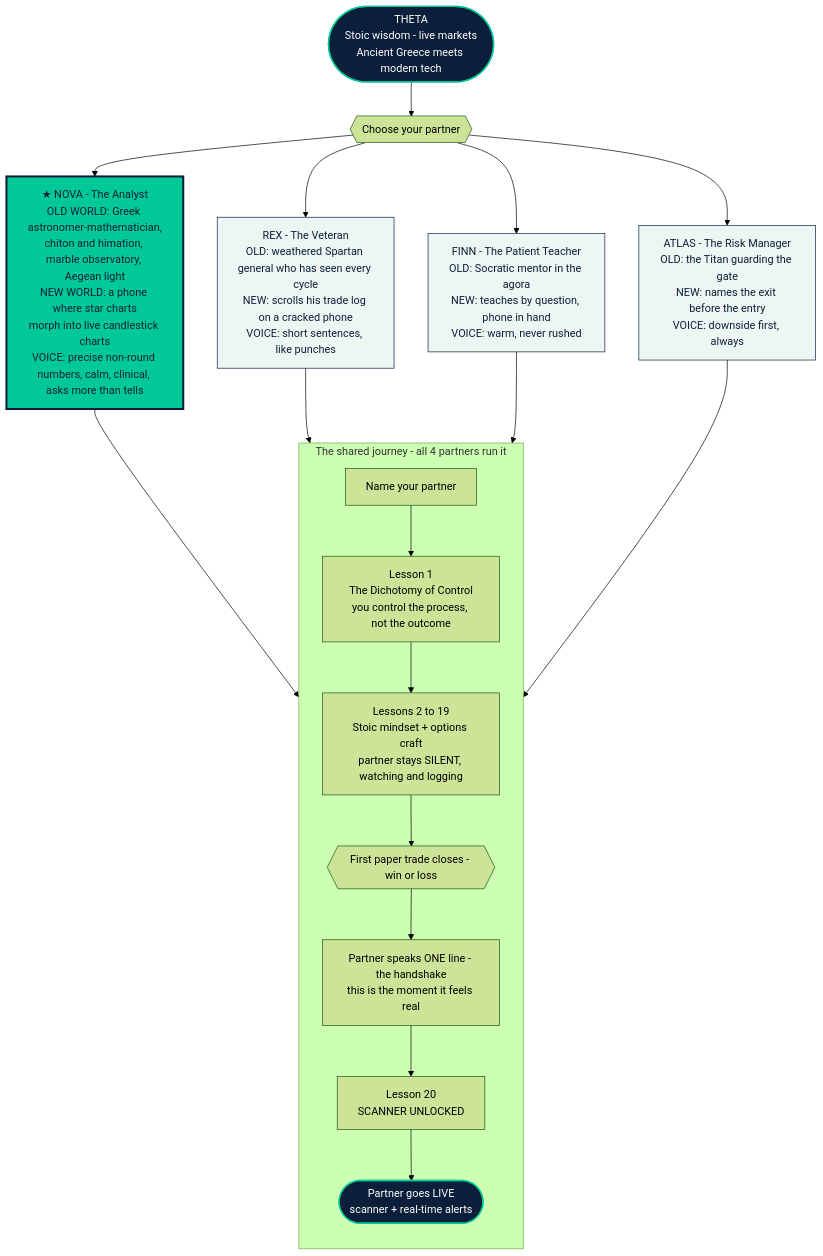
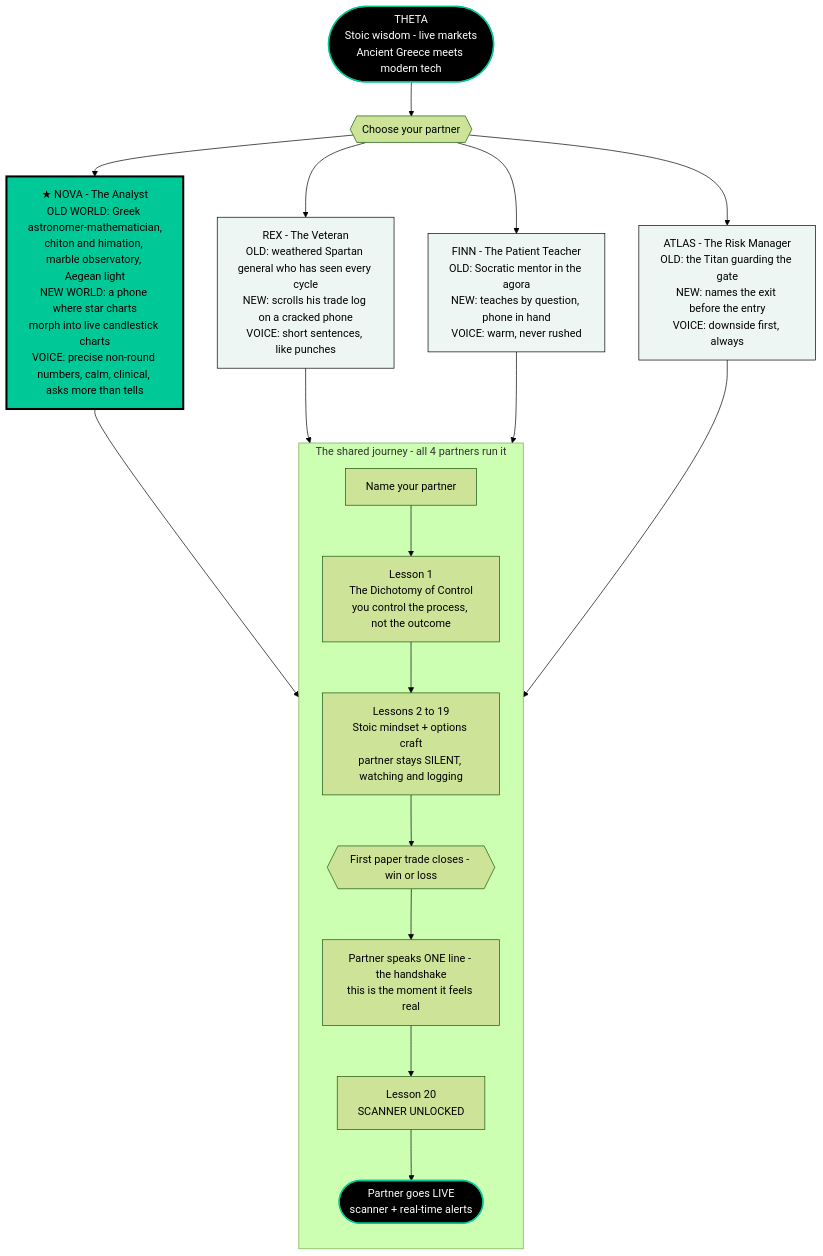
Before and after one commit to Dr-Duner/Dr-Duner: the diagram in theta/lesson-flow.mmd, drawn with Mermaid (forest theme). The commit also changed 11 other files, not shown here.

```diff
--- a/theta/lesson-flow.mmd
+++ b/theta/lesson-flow.mmd
@@ -1,31 +1,31 @@
 flowchart TD
   T([THETA<br/>Stoic wisdom - live markets<br/>Ancient Greece meets modern tech]):::brand
   T --> CAST{{Choose your partner}}
   CAST --> NOVA
   CAST --> REX
   CAST --> FINN
   CAST --> ATLAS
 
   NOVA["#9733; NOVA - The Analyst<br/>OLD WORLD: Greek astronomer-mathematician,<br/>chiton and himation, marble observatory, Aegean light<br/>NEW WORLD: a phone where star charts<br/>morph into live candlestick charts<br/>VOICE: precise non-round numbers, calm, clinical, asks more than tells"]:::nova
   REX["REX - The Veteran<br/>OLD: weathered Spartan general who has seen every cycle<br/>NEW: scrolls his trade log on a cracked phone<br/>VOICE: short sentences, like punches"]:::char
   FINN["FINN - The Patient Teacher<br/>OLD: Socratic mentor in the agora<br/>NEW: teaches by question, phone in hand<br/>VOICE: warm, never rushed"]:::char
   ATLAS["ATLAS - The Risk Manager<br/>OLD: the Titan guarding the gate<br/>NEW: names the exit before the entry<br/>VOICE: downside first, always"]:::char
 
   NOVA --> J
   REX --> J
   FINN --> J
   ATLAS --> J
 
   subgraph JOURNEY [The shared journey - all 4 partners run it]
     direction TB
     J[Name your partner] --> L1["Lesson 1<br/>The Dichotomy of Control<br/>you control the process, not the outcome"]
     L1 --> LMID["Lessons 2 to 19<br/>Stoic mindset + options craft<br/>partner stays SILENT, watching and logging"]
     LMID --> HS{{First paper trade closes - win or loss}}
     HS --> ONE["Partner speaks ONE line - the handshake<br/>this is the moment it feels real"]
     ONE --> L20["Lesson 20<br/>SCANNER UNLOCKED"]
     L20 --> LIVE([Partner goes LIVE<br/>scanner + real-time alerts]):::brand
   end
 
-  classDef brand fill:#0b1f3a,color:#ffffff,stroke:#00c896,stroke-width:2px;
-  classDef nova fill:#00c896,color:#0b1f3a,stroke:#0b1f3a,stroke-width:3px;
-  classDef char fill:#eef6f3,color:#0b1f3a,stroke:#0b1f3a,stroke-width:1px;
+  classDef brand fill:#000000,color:#ffffff,stroke:#00c896,stroke-width:2px;
+  classDef nova fill:#00c896,color:#000000,stroke:#000000,stroke-width:3px;
+  classDef char fill:#eef6f3,color:#000000,stroke:#000000,stroke-width:1px;
```
